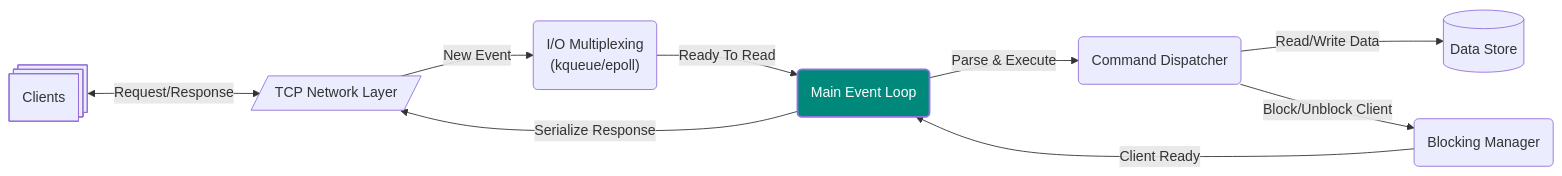
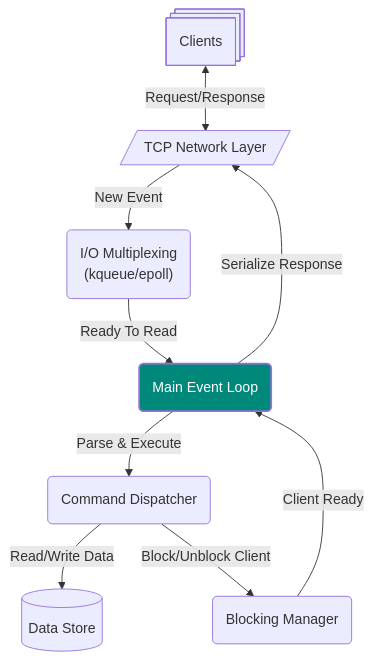
Before and after one commit to zorridge/redis: the diagram in README.md, drawn with Mermaid. The commit also changed other lines of this file, not shown here.

````diff
--- a/README.md
+++ b/README.md
@@ -7,27 +7,27 @@
 ```mermaid
-flowchart LR
+flowchart TB
     %% Define Nodes with Appropriate Shapes
     A@{ shape: processes, label: "Clients" }
     B@{ shape: lean-r, label: "TCP Network Layer" }
     C@{ shape: rounded, label: "I/O Multiplexing\n(kqueue/epoll)" }
     D@{ shape: rounded, label: "Main Event Loop" }
     E@{ shape: rounded, label: "Command Dispatcher" }
     F@{ shape: database, label: "Data Store" }
     G@{ shape: rounded, label: "Blocking Manager" }
 
     %% Request Lifecycle
     A <-- Request/Response --> B
     B -- "New Event" --> C
     C -- "Ready To Read" --> D
     D -- "Parse & Execute" --> E
     E -- "Read/Write Data" --> F
     E -- "Block/Unblock Client" --> G
 
     %% Response Lifecycle
     G -- "Client Ready" --> D
     D -- "Serialize Response" --> B
 
     %% Highlighting Core Components
     classDef core fill:#00897b,stroke-width:2px,color:#fff;
     D:::core
 ```
````
